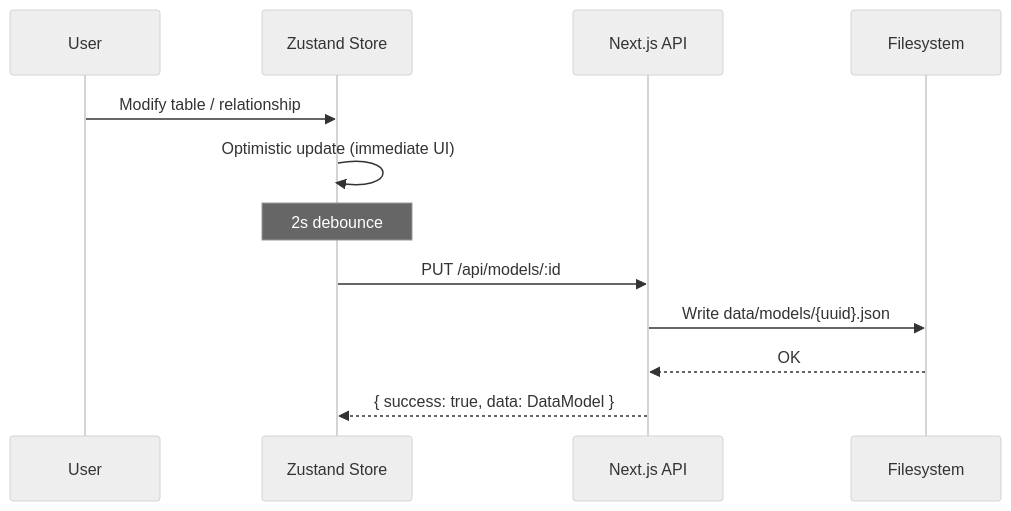
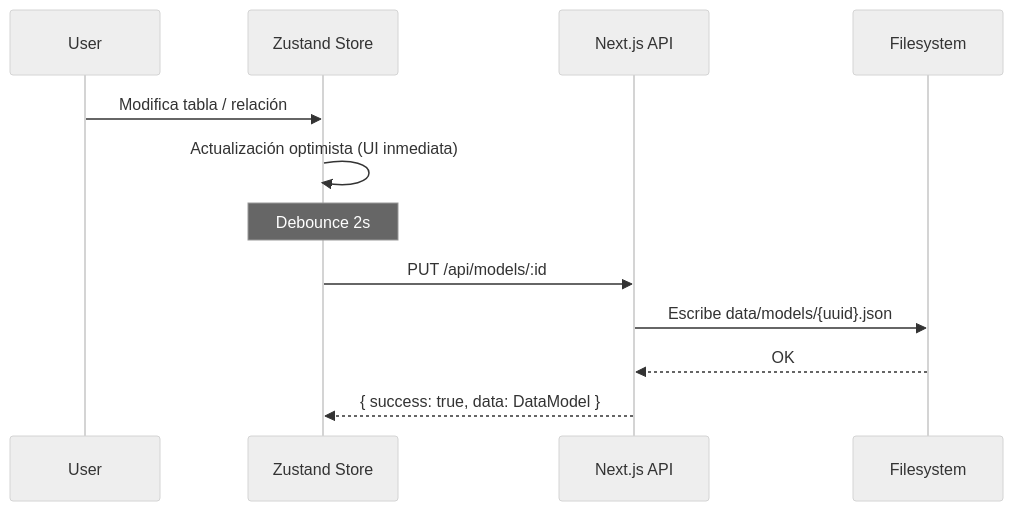
One commit to Carlosmps97/web-data-model-hub changed the fifth of 8 diagrams in doc/data-flow.md. Above: the diagram before and after it, drawn with Mermaid (neutral theme). The commit also changed other lines of this file and 21 other files, not shown here.

````diff
--- a/doc/data-flow.md
+++ b/doc/data-flow.md
@@ -87,15 +89,15 @@
 ```mermaid
 sequenceDiagram
     participant U as User
     participant S as Zustand Store
     participant API as Next.js API
     participant FS as Filesystem
 
-    U->>S: Modify table / relationship
-    S->>S: Optimistic update (immediate UI)
-    Note over S: 2s debounce
+    U->>S: Modifica tabla / relación
+    S->>S: Actualización optimista (UI inmediata)
+    Note over S: Debounce 2s
     S->>API: PUT /api/models/:id
-    API->>FS: Write data/models/{uuid}.json
+    API->>FS: Escribe data/models/{uuid}.json
     FS-->>API: OK
     API-->>S: { success: true, data: DataModel }
 ```
````
